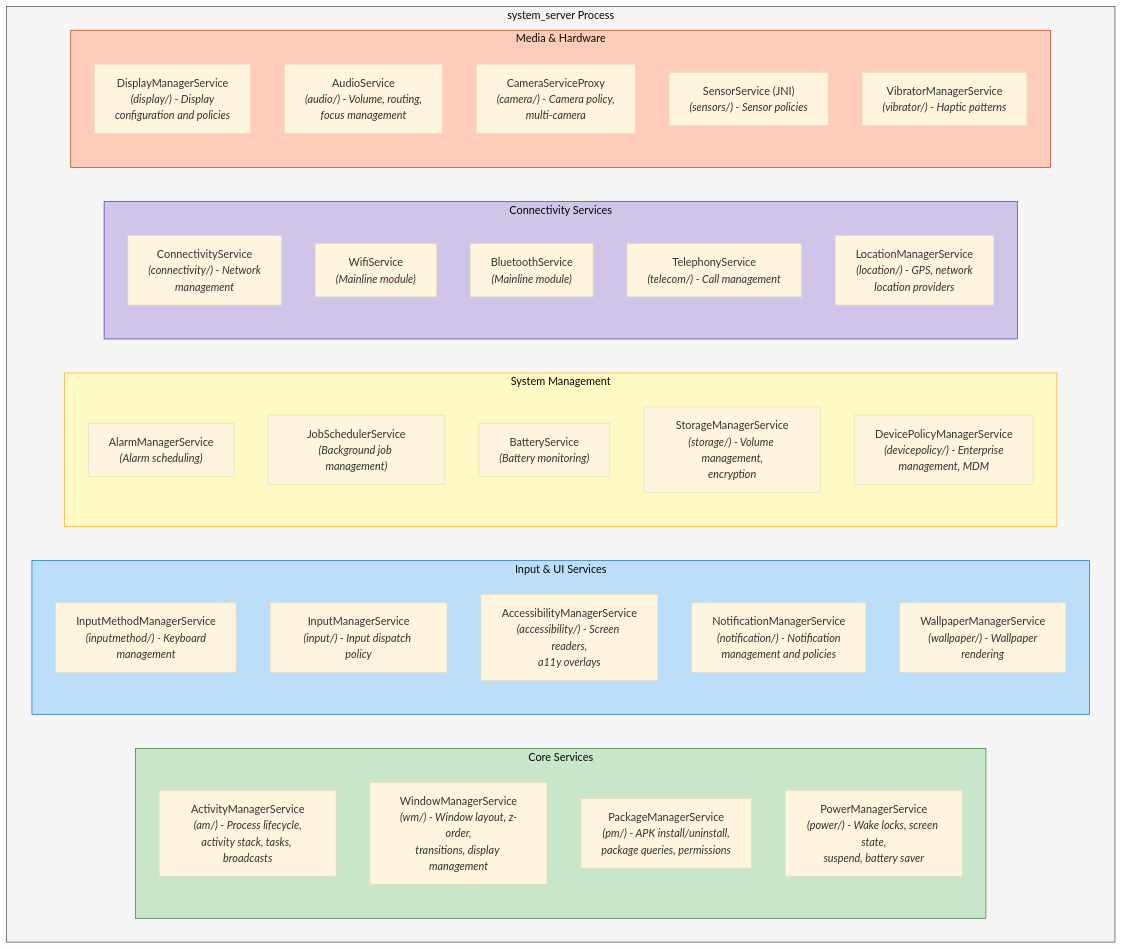
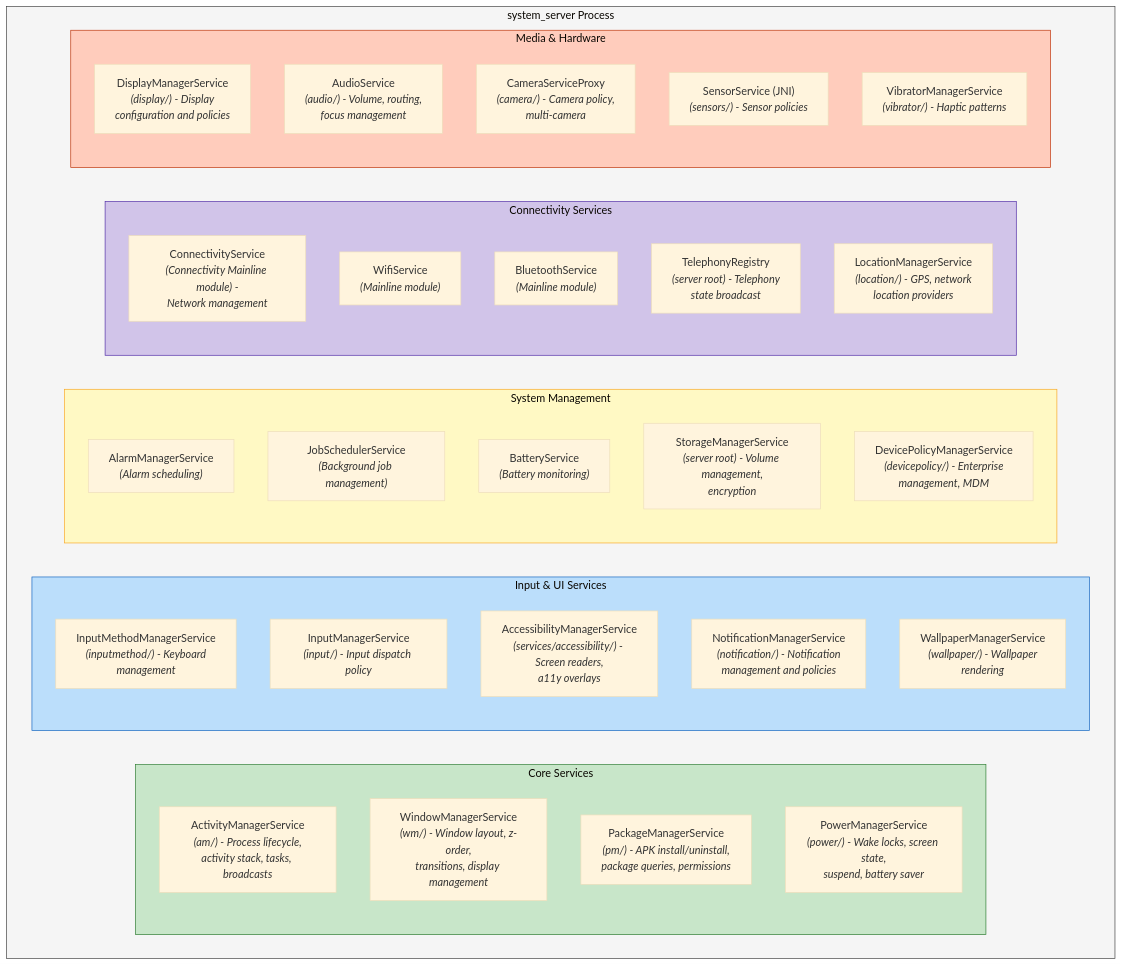
One commit to aospbooks/aosp-internal-book changed the ninth of 21 diagrams in agents/claude/skills/aosp-getting-started/01-introduction.md. Above: the diagram before and after it, drawn with Mermaid (base theme). The commit also changed other lines of this file and 218 other files, not shown here.

````diff
--- a/agents/claude/skills/aosp-getting-started/01-introduction.md
+++ b/agents/claude/skills/aosp-getting-started/01-introduction.md
@@ -744,50 +744,50 @@
 ```mermaid
 graph TB
     subgraph SS["system_server Process"]
         subgraph Core["Core Services"]
             AMS_detail["ActivityManagerService<br/><i>(am/) - Process lifecycle,<br/>activity stack, tasks, broadcasts</i>"]
             WMS_detail["WindowManagerService<br/><i>(wm/) - Window layout, z-order,<br/>transitions, display management</i>"]
             PMS_detail["PackageManagerService<br/><i>(pm/) - APK install/uninstall,<br/>package queries, permissions</i>"]
             PWR["PowerManagerService<br/><i>(power/) - Wake locks, screen state,<br/>suspend, battery saver</i>"]
         end
 
         subgraph Input_UI["Input & UI Services"]
             IMMS["InputMethodManagerService<br/><i>(inputmethod/) - Keyboard<br/>management</i>"]
             INPUT["InputManagerService<br/><i>(input/) - Input dispatch policy</i>"]
-            ACC["AccessibilityManagerService<br/><i>(accessibility/) - Screen readers,<br/>a11y overlays</i>"]
+            ACC["AccessibilityManagerService<br/><i>(services/accessibility/) - Screen readers,<br/>a11y overlays</i>"]
             NOTIF["NotificationManagerService<br/><i>(notification/) - Notification<br/>management and policies</i>"]
             WALL["WallpaperManagerService<br/><i>(wallpaper/) - Wallpaper<br/>rendering</i>"]
         end
 
         subgraph System["System Management"]
             ALARM["AlarmManagerService<br/><i>(Alarm scheduling)</i>"]
             JOB["JobSchedulerService<br/><i>(Background job management)</i>"]
             BATTERY["BatteryService<br/><i>(Battery monitoring)</i>"]
-            STORAGE["StorageManagerService<br/><i>(storage/) - Volume management,<br/>encryption</i>"]
+            STORAGE["StorageManagerService<br/><i>(server root) - Volume management,<br/>encryption</i>"]
             DEVICE["DevicePolicyManagerService<br/><i>(devicepolicy/) - Enterprise<br/>management, MDM</i>"]
         end
 
         subgraph Connectivity["Connectivity Services"]
-            CONN["ConnectivityService<br/><i>(connectivity/) - Network<br/>management</i>"]
+            CONN["ConnectivityService<br/><i>(Connectivity Mainline module) -<br/>Network management</i>"]
             WIFI["WifiService<br/><i>(Mainline module)</i>"]
             BT["BluetoothService<br/><i>(Mainline module)</i>"]
-            TELE["TelephonyService<br/><i>(telecom/) - Call management</i>"]
+            TELE["TelephonyRegistry<br/><i>(server root) - Telephony<br/>state broadcast</i>"]
             LOC["LocationManagerService<br/><i>(location/) - GPS, network<br/>location providers</i>"]
         end
 
         subgraph Media_HW["Media & Hardware"]
             DISP["DisplayManagerService<br/><i>(display/) - Display<br/>configuration and policies</i>"]
             AUDIO["AudioService<br/><i>(audio/) - Volume, routing,<br/>focus management</i>"]
             CAM["CameraServiceProxy<br/><i>(camera/) - Camera policy,<br/>multi-camera</i>"]
             SENSOR["SensorService (JNI)<br/><i>(sensors/) - Sensor policies</i>"]
             VIBR["VibratorManagerService<br/><i>(vibrator/) - Haptic patterns</i>"]
         end
     end
 
     style SS fill:#f5f5f5,stroke:#424242
     style Core fill:#c8e6c9,stroke:#2e7d32
     style Input_UI fill:#bbdefb,stroke:#1565c0
     style System fill:#fff9c4,stroke:#f9a825
     style Connectivity fill:#d1c4e9,stroke:#512da8
     style Media_HW fill:#ffccbc,stroke:#bf360c
 ```
````
